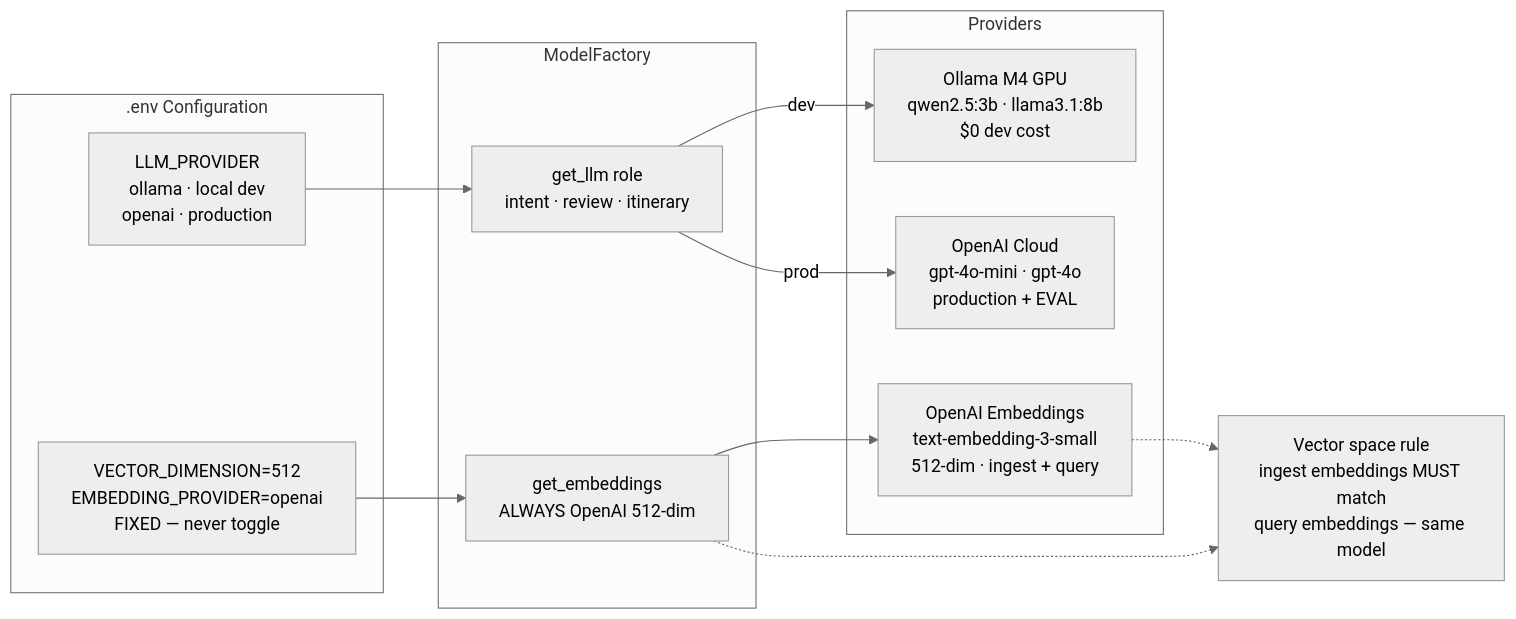
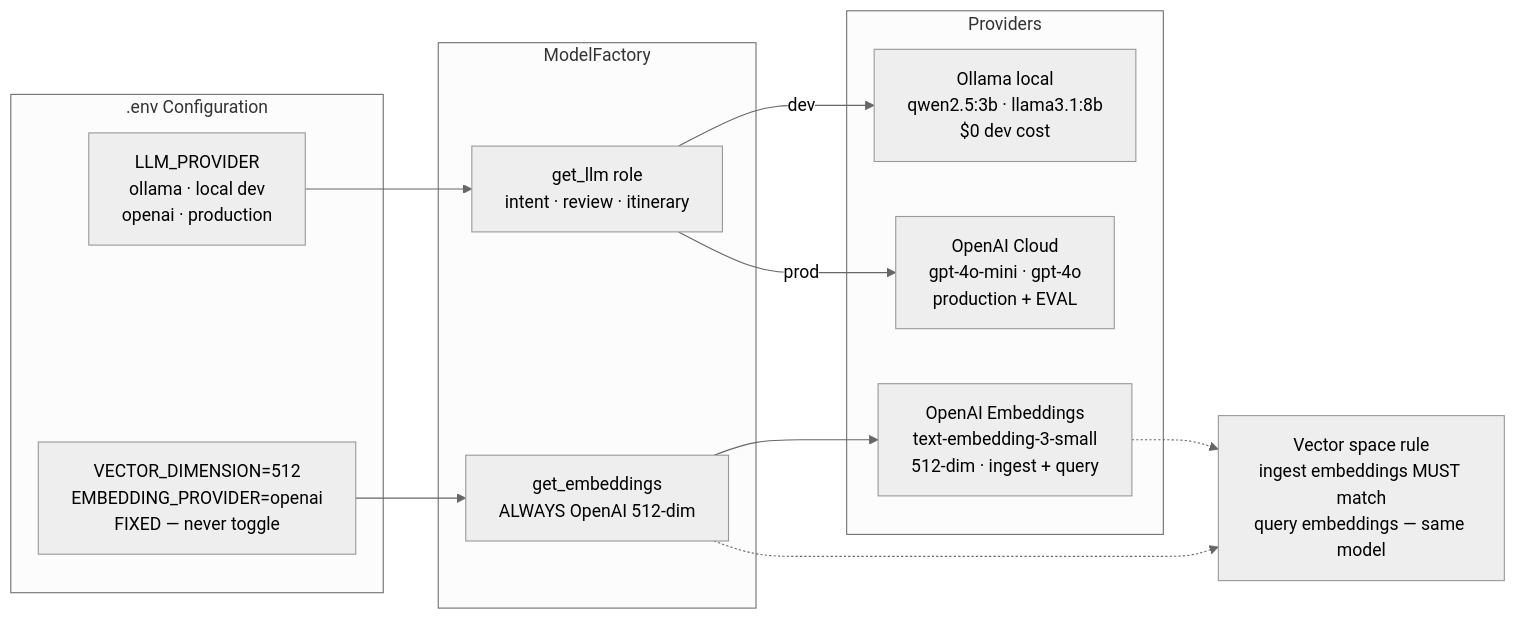
Before and after one commit to arslankabir/travel-ai-app: the fifth of 7 diagrams in proj-docs/HL-component-diagram.md, drawn with Mermaid (neutral theme). The commit also changed other lines of this file and 23 other files, not shown here.

````diff
--- a/proj-docs/HL-component-diagram.md
+++ b/proj-docs/HL-component-diagram.md
@@ -193,28 +193,28 @@
 ```mermaid
 flowchart LR
     subgraph Env[".env Configuration"]
         VecFixed["VECTOR_DIMENSION=512<br/>EMBEDDING_PROVIDER=openai<br/>FIXED — never toggle"]
         LLMToggle["LLM_PROVIDER<br/>ollama · local dev<br/>openai · production"]
     end
 
     subgraph Factory["ModelFactory"]
         GetLLM["get_llm role<br/>intent · review · itinerary"]
         GetEmb["get_embeddings<br/>ALWAYS OpenAI 512-dim"]
     end
 
     subgraph Providers["Providers"]
-        Ollama["Ollama M4 GPU<br/>qwen2.5:3b · llama3.1:8b<br/>$0 dev cost"]
+        Ollama["Ollama local<br/>qwen2.5:3b · llama3.1:8b<br/>$0 dev cost"]
         OpenAIChat["OpenAI Cloud<br/>gpt-4o-mini · gpt-4o<br/>production + EVAL"]
         OpenAIEmb["OpenAI Embeddings<br/>text-embedding-3-small<br/>512-dim · ingest + query"]
     end
 
     LLMToggle --> GetLLM
     VecFixed --> GetEmb
     GetLLM -->|dev| Ollama
     GetLLM -->|prod| OpenAIChat
     GetEmb --> OpenAIEmb
 
     Warn["Vector space rule<br/>ingest embeddings MUST match<br/>query embeddings — same model"]
     GetEmb -.-> Warn
     OpenAIEmb -.-> Warn
 ```
````
